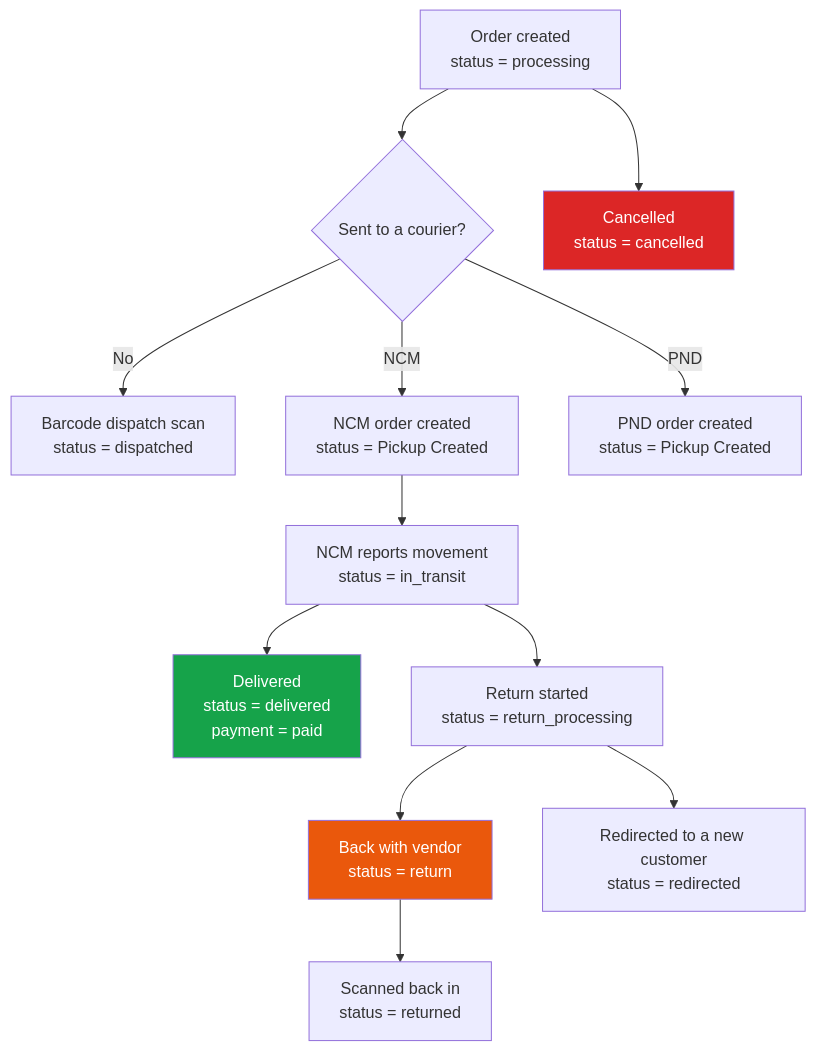
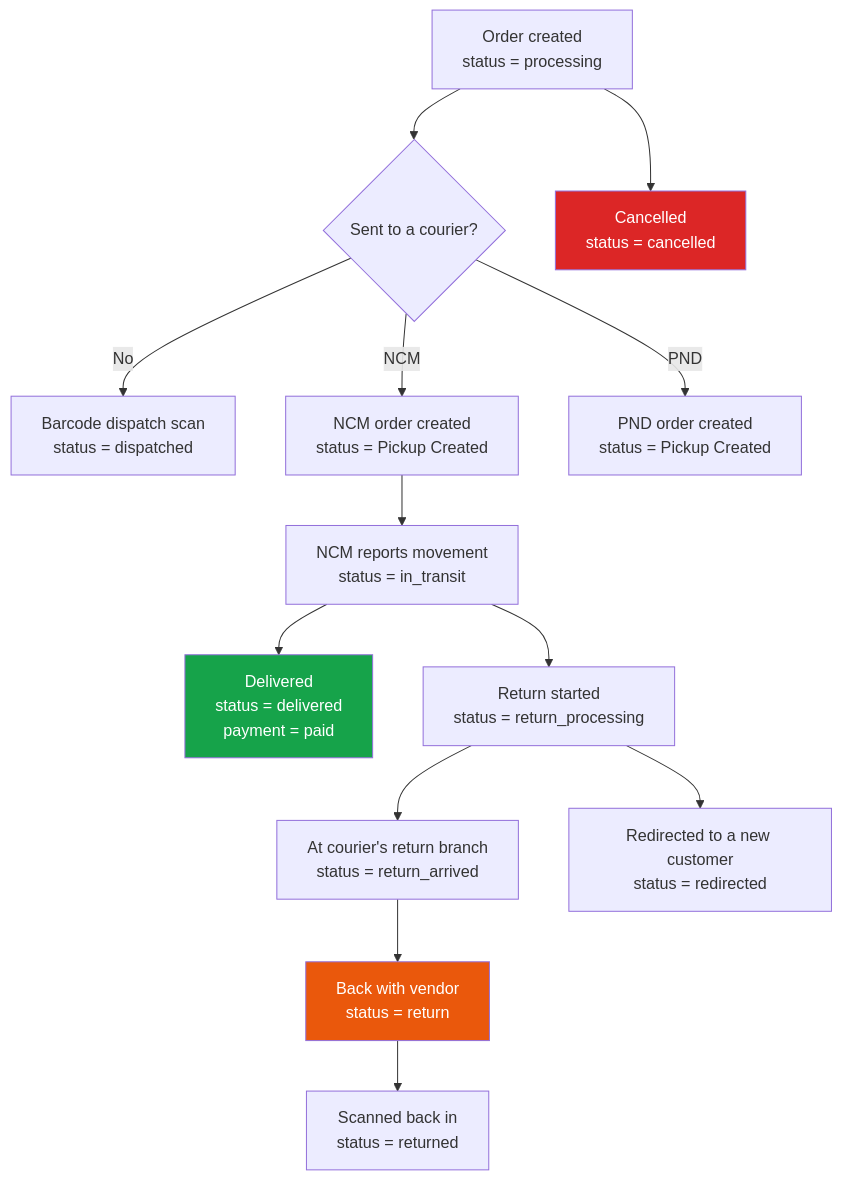
Before and after one commit to milanmagrati/E-commerce-Project: the second of 2 diagrams in myproject/docs/01-system-overview.md, drawn with Mermaid. The commit also changed 7 other files, not shown here.

First line of the commit message:
Document the return-arrived status and the "arrived" trap it creates

````diff
--- a/myproject/docs/01-system-overview.md
+++ b/myproject/docs/01-system-overview.md
@@ -81,20 +81,21 @@
 ```mermaid
 flowchart TD
     A[Order created<br/>status = processing] --> B{Sent to a courier?}
     B -- No --> C[Barcode dispatch scan<br/>status = dispatched]
     B -- NCM --> D[NCM order created<br/>status = Pickup Created]
     B -- PND --> E[PND order created<br/>status = Pickup Created]
 
     D --> F[NCM reports movement<br/>status = in_transit]
     F --> G[Delivered<br/>status = delivered<br/>payment = paid]
     F --> H[Return started<br/>status = return_processing]
-    H --> I[Back with vendor<br/>status = return]
+    H --> H2[At courier's return branch<br/>status = return_arrived]
+    H2 --> I[Back with vendor<br/>status = return]
     I --> J[Scanned back in<br/>status = returned]
 
     A --> K[Cancelled<br/>status = cancelled]
     H --> L[Redirected to a new customer<br/>status = redirected]
 
     style G fill:#16a34a,color:#fff
     style K fill:#dc2626,color:#fff
     style I fill:#ea580c,color:#fff
 ```
````
